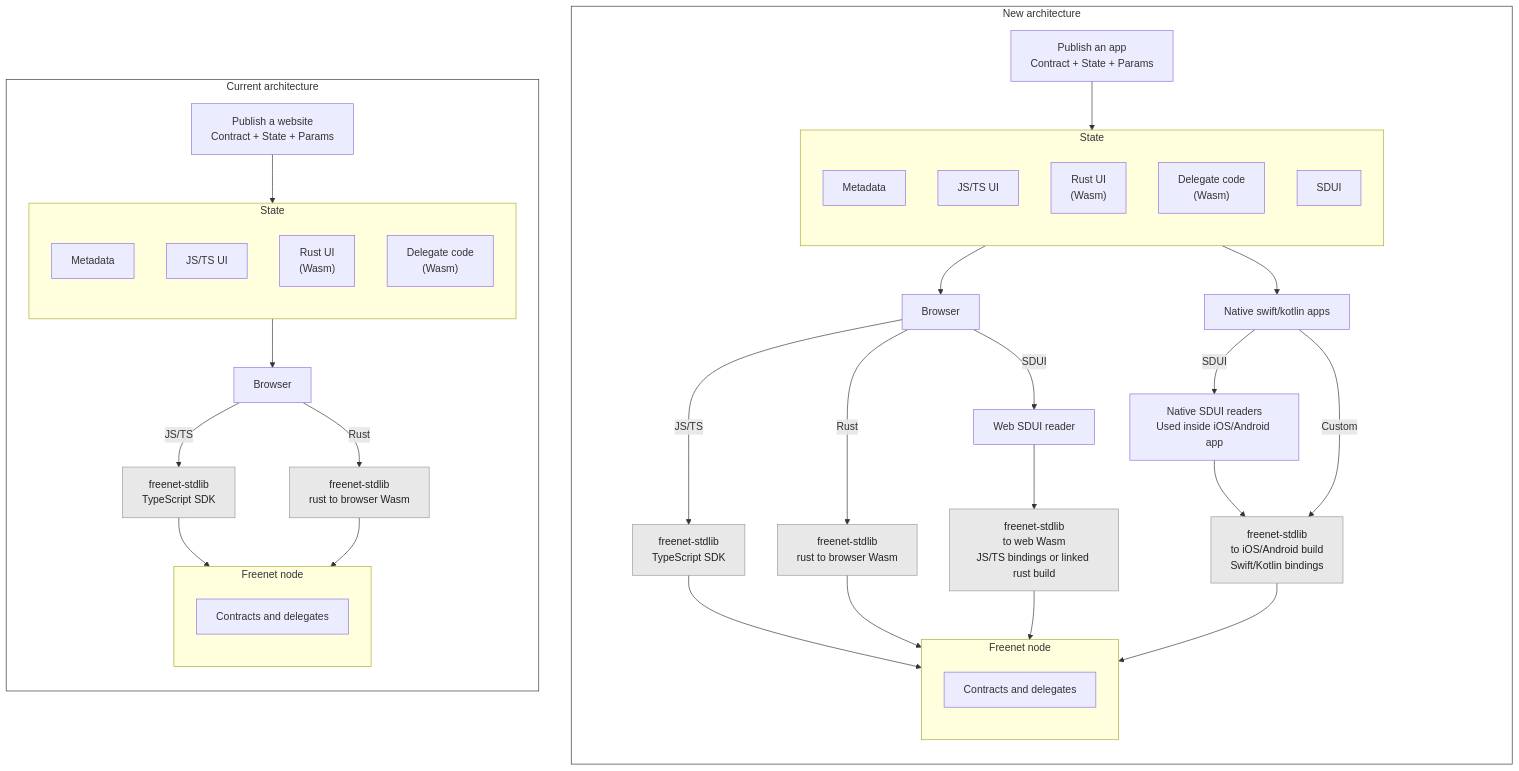
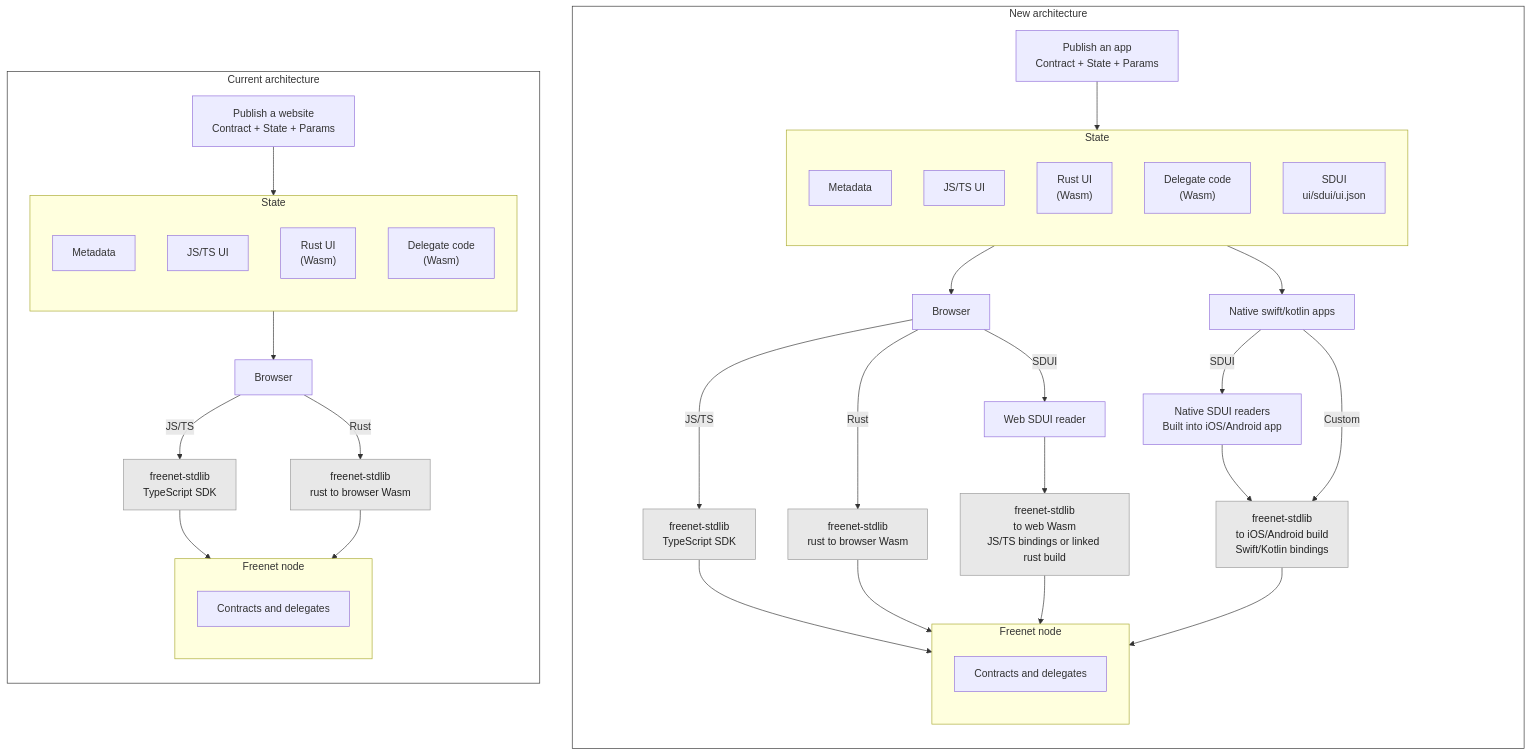
The first of 2 diagrams in README.md (EVY-Platform/evy-freenet-plans), drawn with Mermaid before and after one commit. The commit also changed other lines of this file and 17 other files, not shown here.

````diff
--- a/README.md
+++ b/README.md
@@ -23,72 +23,72 @@
 ```mermaid
 flowchart LR
     subgraph Existing["Current architecture"]
         direction TB
         ExistingPUT["Publish a website<br>Contract + State + Params"] --> ExistingState
 
         subgraph ExistingState[State]
             direction TB
             ExistingMetadata[Metadata]
             ExistingBrowserWasm["JS/TS UI"]
             ExistingRustUI["Rust UI<br>(Wasm)"]
             ExistingDelegateWasm["Delegate code<br>(Wasm)"]
         end
 
         ExistingState --> ExistingBrowser[Browser]
         
         ExistingBrowser --> |JS/TS| ExistingTS["freenet-stdlib<br>TypeScript SDK"]
         ExistingBrowser --> |Rust| ExistingR["freenet-stdlib<br>rust to browser Wasm"]
 
         subgraph ExistingNode["Freenet node"]
             direction TB
             ExistingContracts["Contracts and delegates"]
         end
 
         ExistingTS --> ExistingNode
         ExistingR --> ExistingNode
     end
 
     subgraph New["New architecture"]
         direction TB
         NewPUT["Publish an app<br>Contract + State + Params"] --> NewState
 
         subgraph NewState[State]
             direction TB
             NewMetadata[Metadata]
             NewBrowserWasm["JS/TS UI"]
             NewRustUI["Rust UI<br>(Wasm)"]
             NewDelegateWasm["Delegate code<br>(Wasm)"]
-            NewSDUI[SDUI]
+            NewSDUI["SDUI<br>ui/sdui/ui.json"]
         end
 
         NewState --> NewBrowser[Browser]
         NewBrowser --> |JS/TS| NewTS["freenet-stdlib<br>TypeScript SDK"]
         NewBrowser --> |Rust| NewR["freenet-stdlib<br>rust to browser Wasm"]
         NewBrowser --> |SDUI| WebReader["Web SDUI reader"]
         
         NewState --> NativeApp["Native swift/kotlin apps"]
-        NativeApp --> |"SDUI"| MobileReader["Native SDUI readers<br>Used inside iOS/Android app"]
+        NativeApp --> |"SDUI"| MobileReader["Native SDUI readers<br>Built into iOS/Android app"]
 
         NewTS --> NNode
         NewR --> NNode
         WebReader --> BrowserSDK["freenet-stdlib<br>to web Wasm<br>JS/TS bindings or linked rust build"]
         MobileReader --> NativeSDK["freenet-stdlib<br>to iOS/Android build<br>Swift/Kotlin bindings"]
         NativeApp --> |Custom| NativeSDK
 
         subgraph NNode["Freenet node"]
             direction TB
             NewContracts["Contracts and delegates"]
         end
 
         BrowserSDK --> NNode
         NativeSDK --> NNode
     end
     
     style Existing fill:none,stroke:#333
     style New fill:none,stroke:#333
     classDef stdlib fill:#e8e8e8,stroke:#999,color:#222
     class ExistingTS,ExistingR,NewTS,NewR,BrowserSDK,NativeSDK stdlib
 
     %% Used for display purposes, ignore
     Existing ~~~ New
 ```
````
